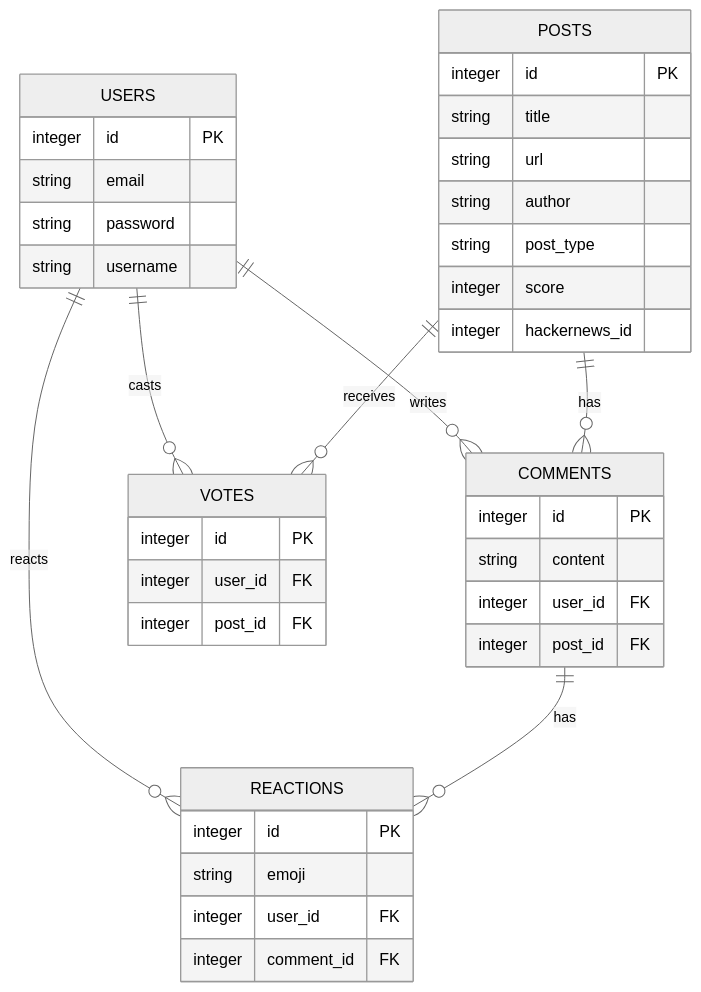
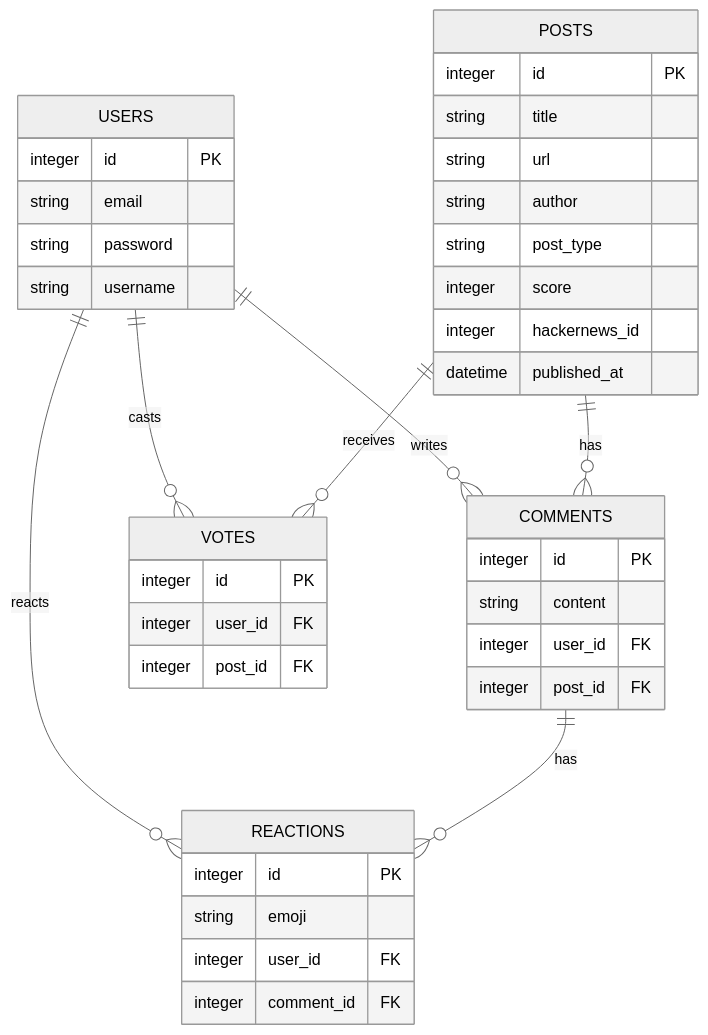
One commit to ismaeljouhariperez/hackernews-rails changed the diagram in README.md. Above: the diagram before and after it, drawn with Mermaid (neutral theme). The commit also changed 3 other files, not shown here.

````diff
--- a/README.md
+++ b/README.md
@@ -32,48 +32,49 @@
 ```mermaid
 erDiagram
   USERS {
     integer id PK
     string email
     string password
     string username
   }
 
   POSTS {
     integer id PK
     string title
     string url
     string author
     string post_type
     integer score
     integer hackernews_id
+    datetime published_at
   }
 
   COMMENTS {
     integer id PK
     string content
     integer user_id FK
     integer post_id FK
   }
 
   VOTES {
     integer id PK
     integer user_id FK
     integer post_id FK
   }
 
   REACTIONS {
     integer id PK
     string emoji
     integer user_id FK
     integer comment_id FK
   }
 
   USERS ||--o{ COMMENTS : "writes"
   USERS ||--o{ VOTES : "casts"
   USERS ||--o{ REACTIONS : "reacts"
 
   POSTS ||--o{ COMMENTS : "has"
   POSTS ||--o{ VOTES : "receives"
 
   COMMENTS ||--o{ REACTIONS : "has"
 ```
````
